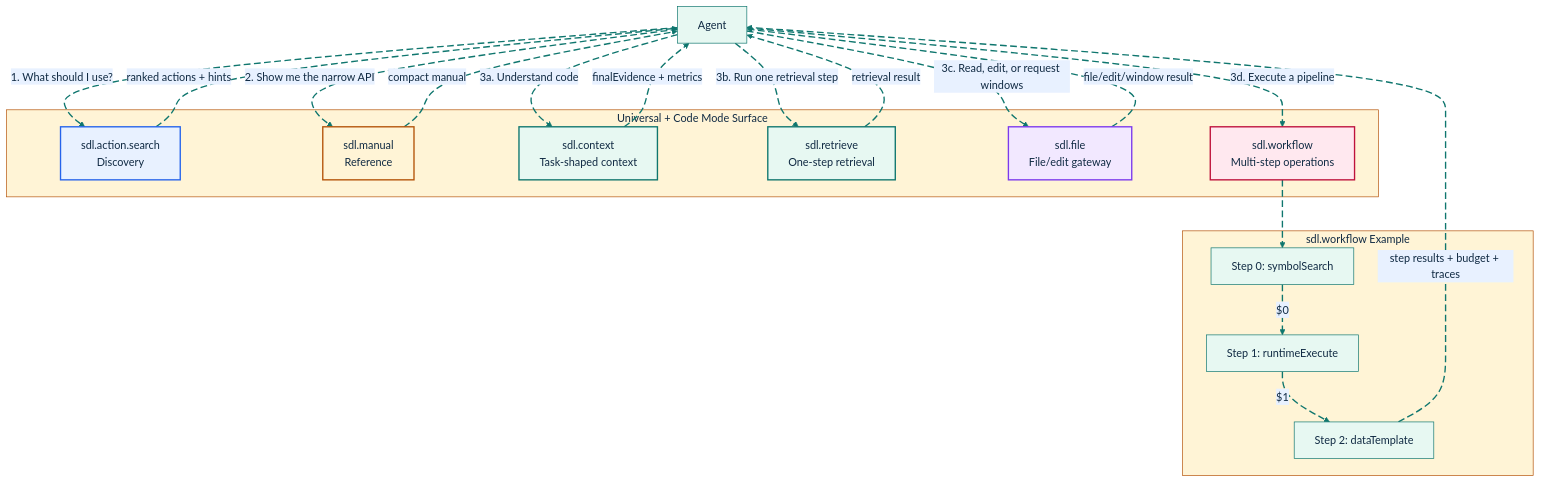
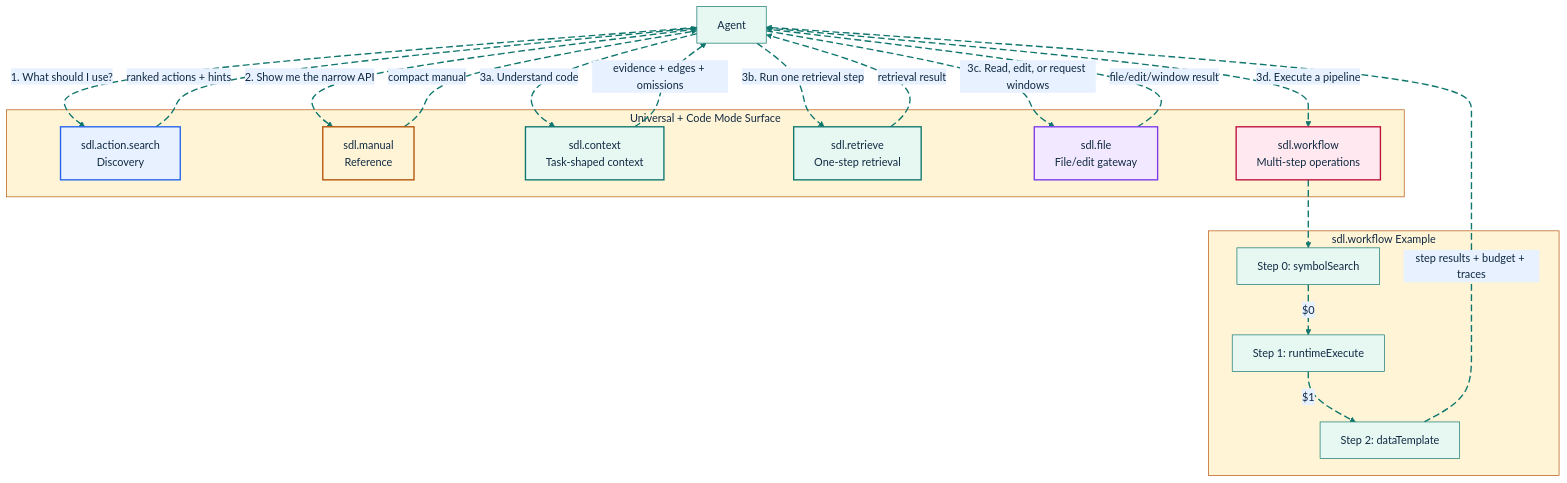
One commit to ClawfficeOrg/sdl-mcp changed the diagram in docs/feature-deep-dives/code-mode.md. Above: the diagram before and after it, drawn with Mermaid. The commit also changed other lines of this file and 169 other files, not shown here.

````diff
--- a/docs/feature-deep-dives/code-mode.md
+++ b/docs/feature-deep-dives/code-mode.md
@@ -188,53 +193,53 @@
 ```mermaid
 %%{init: {"theme":"base","themeVariables":{"background":"#ffffff","primaryColor":"#E7F8F2","primaryBorderColor":"#0F766E","primaryTextColor":"#102A43","secondaryColor":"#E8F1FF","secondaryBorderColor":"#2563EB","secondaryTextColor":"#102A43","tertiaryColor":"#FFF4D6","tertiaryBorderColor":"#B45309","tertiaryTextColor":"#102A43","lineColor":"#0F766E","textColor":"#102A43","fontFamily":"Inter, ui-sans-serif, system-ui, -apple-system, BlinkMacSystemFont, Segoe UI, sans-serif"},"flowchart":{"curve":"basis","htmlLabels":true}}}%%
 flowchart TD
     Agent["Agent"]
 
     subgraph "Universal + Code Mode Surface"
         AS["sdl.action.search<br/>Discovery"]
         MN["sdl.manual<br/>Reference"]
         CTX["sdl.context<br/>Task-shaped context"]
         RET["sdl.retrieve<br/>One-step retrieval"]
         FILE["sdl.file<br/>File/edit gateway"]
         WF["sdl.workflow<br/>Multi-step operations"]
     end
 
     Agent e1@-->|"1. What should I use?"| AS
     AS e2@-->|"ranked actions + hints"| Agent
     Agent e3@-->|"2. Show me the narrow API"| MN
     MN e4@-->|"compact manual"| Agent
     Agent e5@-->|"3a. Understand code"| CTX
     Agent e6@-->|"3b. Run one retrieval step"| RET
     Agent e7@-->|"3c. Read, edit, or request windows"| FILE
     Agent e8@-->|"3d. Execute a pipeline"| WF
 
     subgraph "sdl.workflow Example"
         S1["Step 0: symbolSearch"]
         S2["Step 1: runtimeExecute"]
         S3["Step 2: dataTemplate"]
         S1 e9@-->|"$0"| S2
         S2 e10@-->|"$1"| S3
     end
 
     WF e11@--> S1
-    CTX e12@-->|"finalEvidence + metrics"| Agent
+    CTX e12@-->|"evidence + edges + omissions"| Agent
     RET e13@-->|"retrieval result"| Agent
     FILE e14@-->|"file/edit/window result"| Agent
     S3 e15@-->|"step results + budget + traces"| Agent
 
     style AS fill:#E8F1FF,stroke:#2563EB,stroke-width:2px,color:#102A43
     style MN fill:#FFF4D6,stroke:#B45309,stroke-width:2px,color:#102A43
     style CTX fill:#E7F8F2,stroke:#0F766E,stroke-width:2px,color:#102A43
     style RET fill:#E7F8F2,stroke:#0F766E,stroke-width:2px,color:#102A43
     style FILE fill:#F2E8FF,stroke:#7C3AED,stroke-width:2px,color:#102A43
     style WF fill:#FFE8EF,stroke:#BE123C,stroke-width:2px,color:#102A43
 
     classDef source fill:#E7F8F2,stroke:#0F766E,stroke-width:2px,color:#102A43;
     classDef process fill:#E8F1FF,stroke:#2563EB,stroke-width:2px,color:#102A43;
     classDef decision fill:#FFF4D6,stroke:#B45309,stroke-width:2px,color:#102A43;
     classDef storage fill:#F2E8FF,stroke:#7C3AED,stroke-width:2px,color:#102A43;
     classDef output fill:#FFE8EF,stroke:#BE123C,stroke-width:2px,color:#102A43;
     classDef muted fill:#F8FAFC,stroke:#64748B,stroke-width:1px,color:#102A43;
     classDef animate stroke:#0F766E,stroke-width:2px,stroke-dasharray:10\,5,stroke-dashoffset:900,animation:dash 22s linear infinite;
     class e1,e2,e3,e4,e5,e6,e7,e8,e9,e10,e11,e12,e13,e14,e15 animate;
 ```
````
